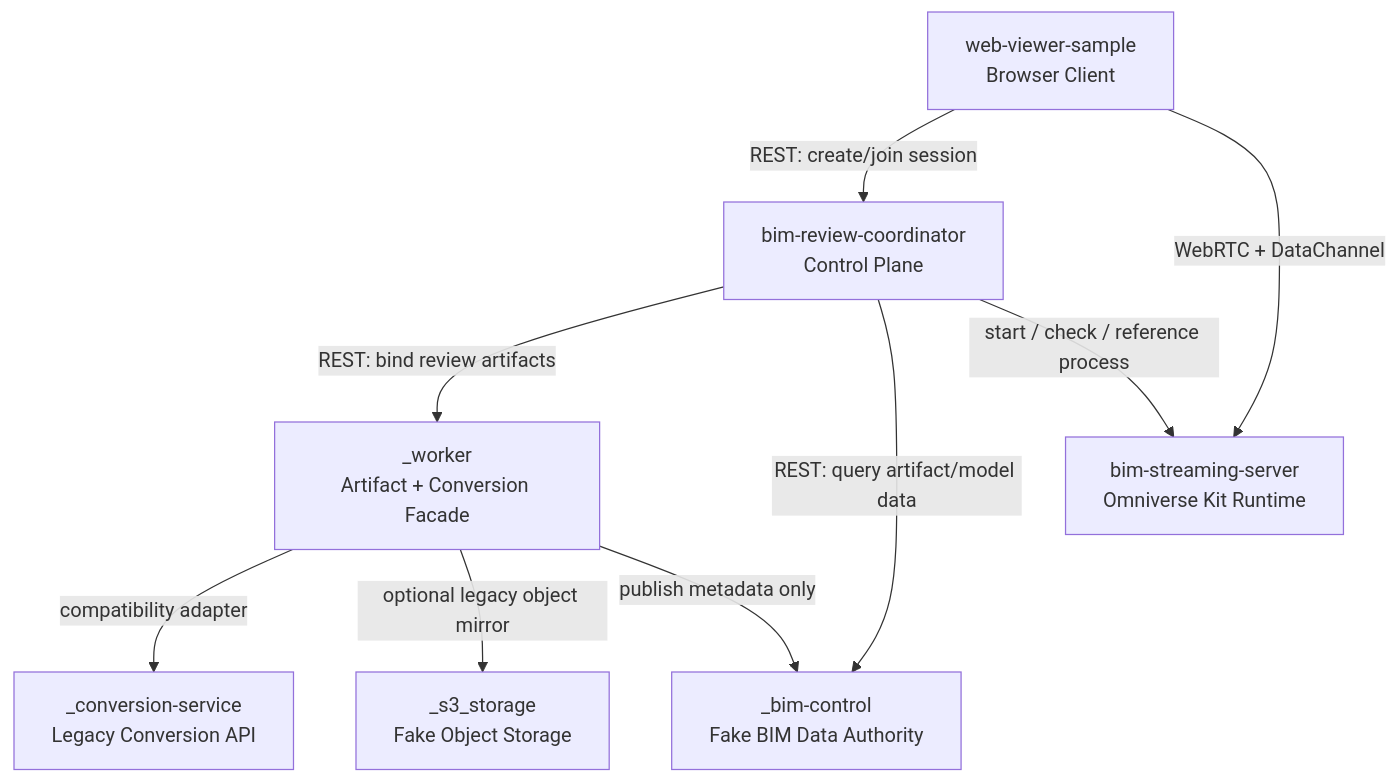
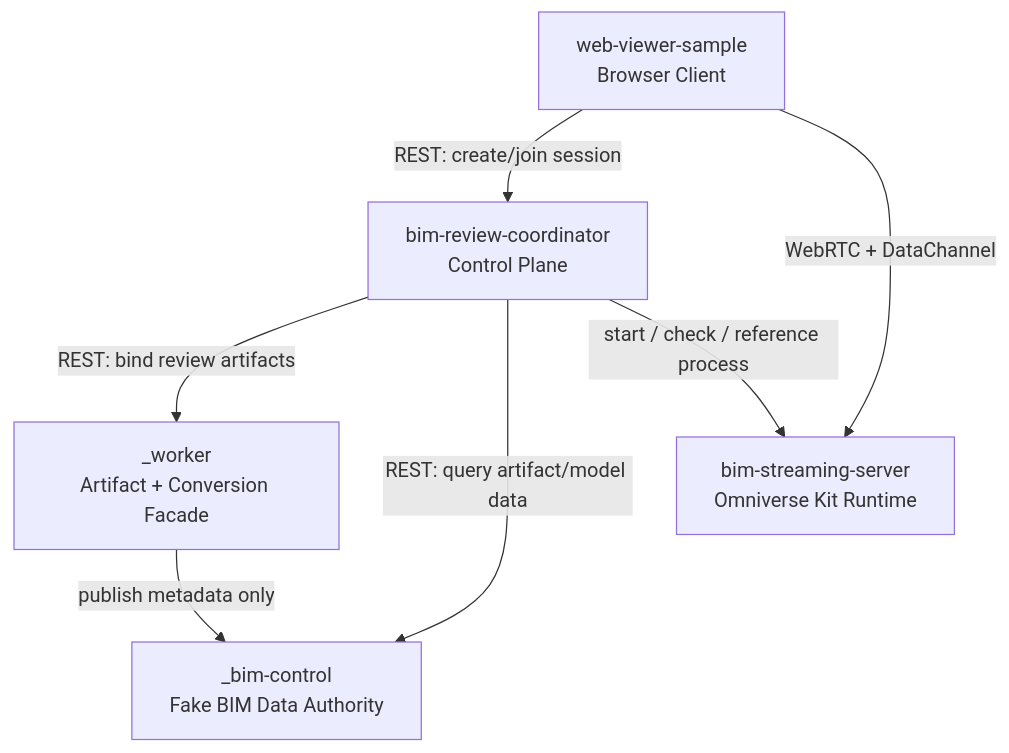
The first of 7 diagrams in CLAUDE.md (monkey1sai/AI-BIM-governance), drawn with Mermaid before and after one commit. The commit also changed other lines of this file and 107 other files, not shown here.

First line of the commit message:
feat(worker)!: 統一 demo 步驟 ①/② 至 _worker 並退役 legacy storage/conversion 服務

````diff
--- a/CLAUDE.md
+++ b/CLAUDE.md
@@ -109,20 +107,16 @@
 ```mermaid
 flowchart TD
   CO[bim-review-coordinator<br/>Control Plane]
 
   WK[_worker<br/>Artifact + Conversion Facade]
-  CS[_conversion-service<br/>Legacy Conversion API]
   KIT[bim-streaming-server<br/>Omniverse Kit Runtime]
   BC[_bim-control<br/>Fake BIM Data Authority]
-  S3[_s3_storage<br/>Fake Object Storage]
   WV[web-viewer-sample<br/>Browser Client]
 
   CO -->|REST: bind review artifacts| WK
   CO -->|REST: query artifact/model data| BC
   CO -->|start / check / reference process| KIT
   WV -->|REST: create/join session| CO
   WV -->|WebRTC + DataChannel| KIT
-  WK -->|compatibility adapter| CS
-  WK -->|optional legacy object mirror| S3
   WK -->|publish metadata only| BC
 ```
````
